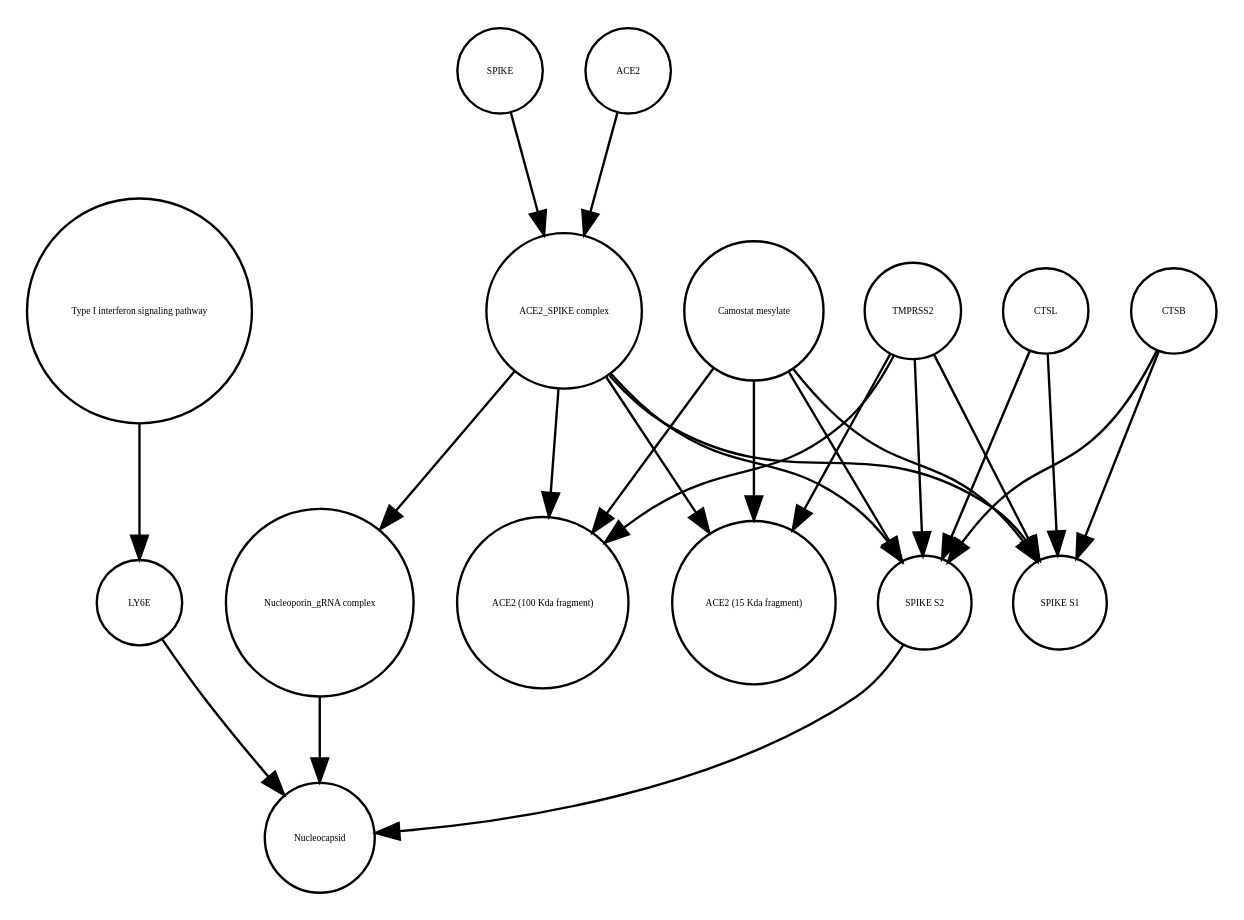
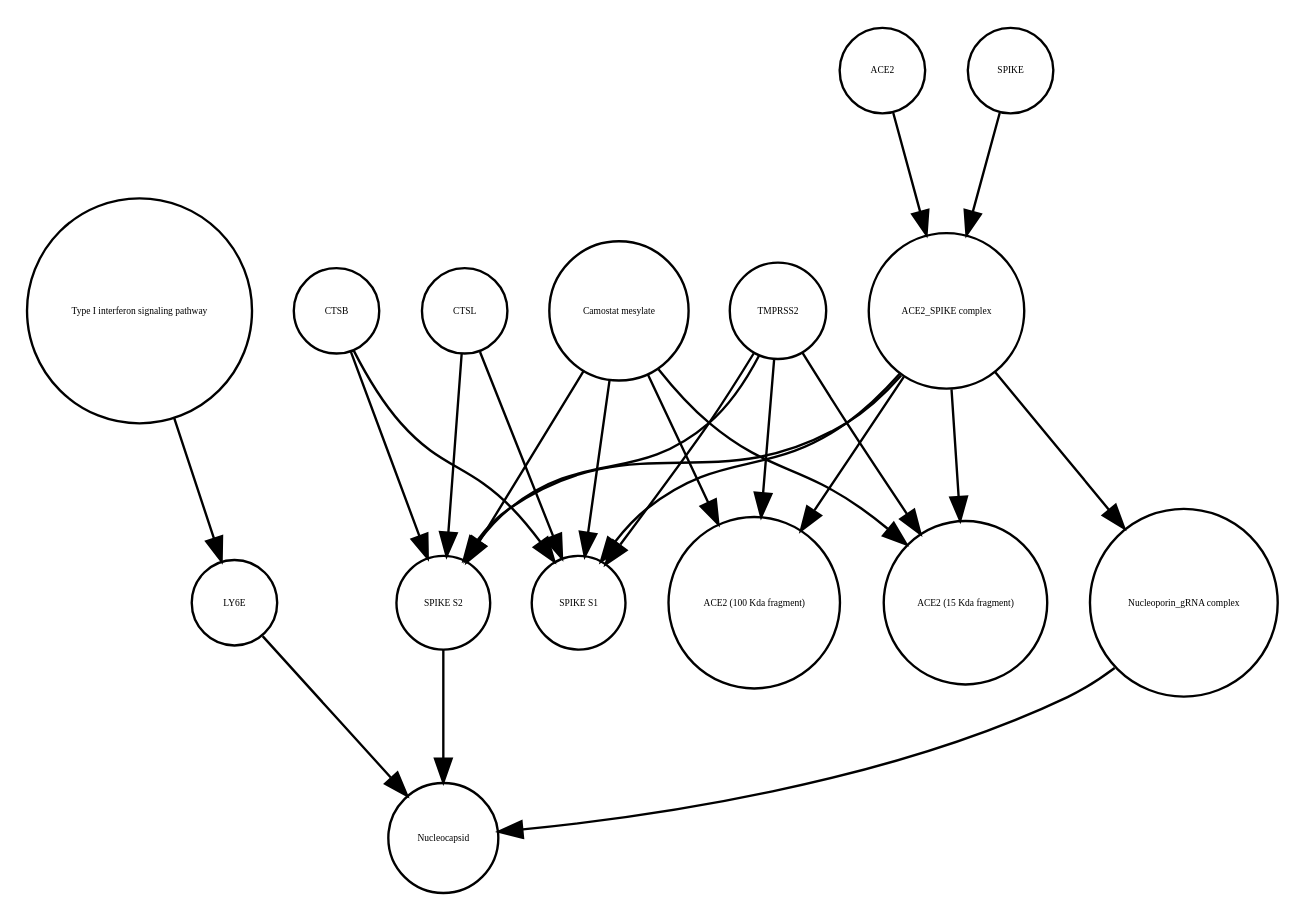
The diagram in Virus_replication_cycle_V02.xml_projected.dot (cannin/covid19-sbgn), drawn with Graphviz before and after one commit. The commit also changed other lines of this file and 622 other files, not shown here.

```diff
--- a/Virus_replication_cycle_V02.xml_projected.dot
+++ b/Virus_replication_cycle_V02.xml_projected.dot
@@ -1,40 +1,40 @@
 strict digraph  {
 "Type I interferon signaling pathway" [annotation="", bipartite=0, cls=phenotype, fontsize=4, label="Type I interferon signaling pathway", shape=circle];
 LY6E [annotation="", bipartite=0, cls=macromolecule, fontsize=4, label=LY6E, shape=circle];
-"Camostat mesylate" [annotation="urn_miriam_pubchem.compound_2536", bipartite=0, cls="simple chemical", fontsize=4, label="Camostat mesylate", shape=circle];
+"ACE2_SPIKE complex" [annotation="", bipartite=0, cls=complex, fontsize=4, label="ACE2_SPIKE complex", shape=circle];
+"Nucleoporin_gRNA complex " [annotation="", bipartite=0, cls=complex, fontsize=4, label="Nucleoporin_gRNA complex ", shape=circle];
+CTSL [annotation="", bipartite=0, cls=macromolecule, fontsize=4, label=CTSL, shape=circle];
 "ACE2 (100 Kda fragment)" [annotation="", bipartite=0, cls=macromolecule, fontsize=4, label="ACE2 (100 Kda fragment)", shape=circle];
 "SPIKE S2" [annotation="", bipartite=0, cls=macromolecule, fontsize=4, label="SPIKE S2", shape=circle];
+CTSB [annotation="", bipartite=0, cls=macromolecule, fontsize=4, label=CTSB, shape=circle];
+"Camostat mesylate" [annotation="urn_miriam_pubchem.compound_2536", bipartite=0, cls="simple chemical", fontsize=4, label="Camostat mesylate", shape=circle];
+ACE2 [annotation="", bipartite=0, cls=macromolecule, fontsize=4, label=ACE2, shape=circle];
 SPIKE [annotation="", bipartite=0, cls="macromolecule multimer", fontsize=4, label=SPIKE, shape=circle];
-ACE2 [annotation="", bipartite=0, cls=macromolecule, fontsize=4, label=ACE2, shape=circle];
-"ACE2_SPIKE complex" [annotation="", bipartite=0, cls=complex, fontsize=4, label="ACE2_SPIKE complex", shape=circle];
+"ACE2 (15 Kda fragment)" [annotation="", bipartite=0, cls=macromolecule, fontsize=4, label="ACE2 (15 Kda fragment)", shape=circle];
+Nucleocapsid [annotation="", bipartite=0, cls=complex, fontsize=4, label=Nucleocapsid, shape=circle];
 TMPRSS2 [annotation="", bipartite=0, cls=macromolecule, fontsize=4, label=TMPRSS2, shape=circle];
-CTSL [annotation="", bipartite=0, cls=macromolecule, fontsize=4, label=CTSL, shape=circle];
-"ACE2 (15 Kda fragment)" [annotation="", bipartite=0, cls=macromolecule, fontsize=4, label="ACE2 (15 Kda fragment)", shape=circle];
 "SPIKE S1" [annotation="", bipartite=0, cls=macromolecule, fontsize=4, label="SPIKE S1", shape=circle];
-Nucleocapsid [annotation="", bipartite=0, cls=complex, fontsize=4, label=Nucleocapsid, shape=circle];
-CTSB [annotation="", bipartite=0, cls=macromolecule, fontsize=4, label=CTSB, shape=circle];
-"Nucleoporin_gRNA complex " [annotation="", bipartite=0, cls=complex, fontsize=4, label="Nucleoporin_gRNA complex ", shape=circle];
 "Type I interferon signaling pathway" -> LY6E  [annotation="", interaction_type=stimulation];
 LY6E -> Nucleocapsid  [annotation="urn_miriam_doi_10.1101%2F2020.03.05.979260|urn_miriam_doi_10.1101%2F2020.04.02.021469", interaction_type=inhibition];
+"ACE2_SPIKE complex" -> "SPIKE S2"  [annotation="", interaction_type=production];
+"ACE2_SPIKE complex" -> "SPIKE S1"  [annotation="", interaction_type=production];
+"ACE2_SPIKE complex" -> "Nucleoporin_gRNA complex "  [annotation="urn_miriam_pubmed_32142651|urn_miriam_pubmed_32094589", interaction_type=stimulation];
+"ACE2_SPIKE complex" -> "ACE2 (100 Kda fragment)"  [annotation="", interaction_type=production];
+"ACE2_SPIKE complex" -> "ACE2 (15 Kda fragment)"  [annotation="", interaction_type=production];
+"Nucleoporin_gRNA complex " -> Nucleocapsid  [annotation="", interaction_type=production];
+CTSL -> "SPIKE S2"  [annotation=urn_miriam_pubmed_32142651, interaction_type=catalysis];
+CTSL -> "SPIKE S1"  [annotation=urn_miriam_pubmed_32142651, interaction_type=catalysis];
+"SPIKE S2" -> Nucleocapsid  [annotation="", interaction_type=stimulation];
+CTSB -> "SPIKE S2"  [annotation=urn_miriam_pubmed_32142651, interaction_type=catalysis];
+CTSB -> "SPIKE S1"  [annotation=urn_miriam_pubmed_32142651, interaction_type=catalysis];
+"Camostat mesylate" -> "SPIKE S2"  [annotation="urn_miriam_pubmed_32142651|urn_miriam_pubmed_32094589|urn_miriam_pubmed_24227843", interaction_type=inhibition];
 "Camostat mesylate" -> "ACE2 (100 Kda fragment)"  [annotation="urn_miriam_pubmed_32142651|urn_miriam_pubmed_32094589|urn_miriam_pubmed_24227843", interaction_type=inhibition];
 "Camostat mesylate" -> "ACE2 (15 Kda fragment)"  [annotation="urn_miriam_pubmed_32142651|urn_miriam_pubmed_32094589|urn_miriam_pubmed_24227843", interaction_type=inhibition];
 "Camostat mesylate" -> "SPIKE S1"  [annotation="urn_miriam_pubmed_32142651|urn_miriam_pubmed_32094589|urn_miriam_pubmed_24227843", interaction_type=inhibition];
-"Camostat mesylate" -> "SPIKE S2"  [annotation="urn_miriam_pubmed_32142651|urn_miriam_pubmed_32094589|urn_miriam_pubmed_24227843", interaction_type=inhibition];
-"SPIKE S2" -> Nucleocapsid  [annotation="", interaction_type=stimulation];
+ACE2 -> "ACE2_SPIKE complex"  [annotation="", interaction_type=production];
 SPIKE -> "ACE2_SPIKE complex"  [annotation="", interaction_type=production];
-ACE2 -> "ACE2_SPIKE complex"  [annotation="", interaction_type=production];
-"ACE2_SPIKE complex" -> "ACE2 (100 Kda fragment)"  [annotation="", interaction_type=production];
-"ACE2_SPIKE complex" -> "SPIKE S2"  [annotation="", interaction_type=production];
-"ACE2_SPIKE complex" -> "ACE2 (15 Kda fragment)"  [annotation="", interaction_type=production];
-"ACE2_SPIKE complex" -> "SPIKE S1"  [annotation="", interaction_type=production];
-"ACE2_SPIKE complex" -> "Nucleoporin_gRNA complex "  [annotation="urn_miriam_pubmed_32142651|urn_miriam_pubmed_32094589", interaction_type=stimulation];
+TMPRSS2 -> "SPIKE S2"  [annotation="urn_miriam_pubmed_32142651|urn_miriam_pubmed_32094589|urn_miriam_pubmed_24227843", interaction_type=catalysis];
 TMPRSS2 -> "ACE2 (100 Kda fragment)"  [annotation="urn_miriam_pubmed_32142651|urn_miriam_pubmed_32094589|urn_miriam_pubmed_24227843", interaction_type=catalysis];
 TMPRSS2 -> "ACE2 (15 Kda fragment)"  [annotation="urn_miriam_pubmed_32142651|urn_miriam_pubmed_32094589|urn_miriam_pubmed_24227843", interaction_type=catalysis];
 TMPRSS2 -> "SPIKE S1"  [annotation="urn_miriam_pubmed_32142651|urn_miriam_pubmed_32094589|urn_miriam_pubmed_24227843", interaction_type=catalysis];
-TMPRSS2 -> "SPIKE S2"  [annotation="urn_miriam_pubmed_32142651|urn_miriam_pubmed_32094589|urn_miriam_pubmed_24227843", interaction_type=catalysis];
-CTSL -> "SPIKE S1"  [annotation=urn_miriam_pubmed_32142651, interaction_type=catalysis];
-CTSL -> "SPIKE S2"  [annotation=urn_miriam_pubmed_32142651, interaction_type=catalysis];
-CTSB -> "SPIKE S1"  [annotation=urn_miriam_pubmed_32142651, interaction_type=catalysis];
-CTSB -> "SPIKE S2"  [annotation=urn_miriam_pubmed_32142651, interaction_type=catalysis];
-"Nucleoporin_gRNA complex " -> Nucleocapsid  [annotation="", interaction_type=production];
 }
```
